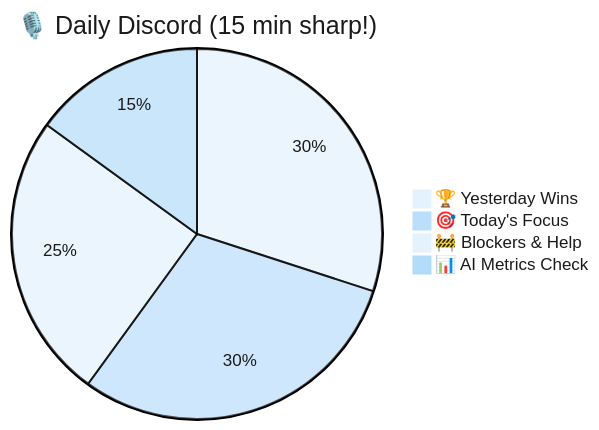
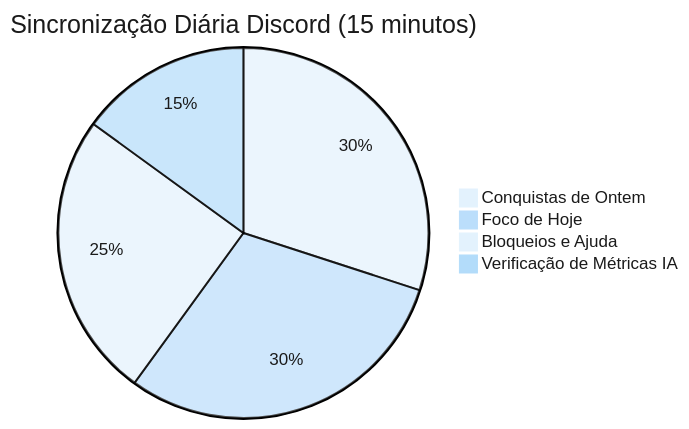
Before and after one commit to solanisdev/solar: diagram 11 of 20 in README.md, drawn with Mermaid. The commit also changed other lines of this file, not shown here.

````diff
--- a/README.md
+++ b/README.md
@@ -408,8 +396,8 @@
 ```mermaid
 %%{init: {'theme':'base', 'themeVariables': {'primaryColor':'#E3F2FD','primaryTextColor':'#1a1a1a','primaryBorderColor':'#2196F3','lineColor':'#1976D2','secondaryColor':'#BBDEFB','tertiaryColor':'#E3F2FD'}}}%%
-pie title 🎙️ Daily Discord (15 min sharp!)
-    "🏆 Yesterday Wins" : 30
-    "🎯 Today's Focus" : 30
-    "🚧 Blockers & Help" : 25
-    "📊 AI Metrics Check" : 15
+pie title Sincronização Diária Discord (15 minutos)
+    "Conquistas de Ontem" : 30
+    "Foco de Hoje" : 30
+    "Bloqueios e Ajuda" : 25
+    "Verificação de Métricas IA" : 15
 ```
````
